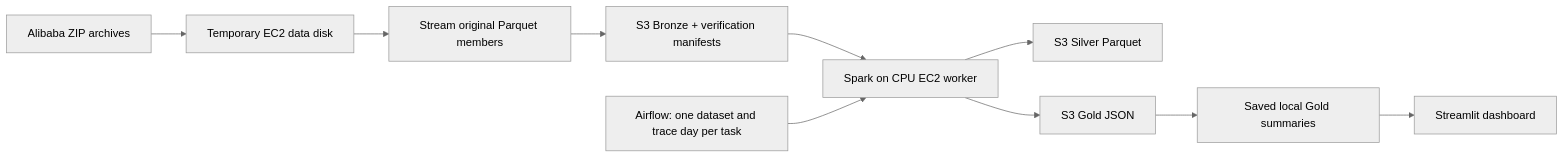
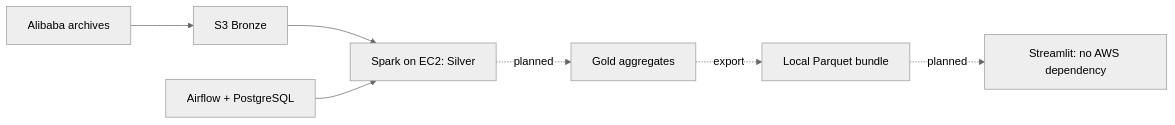
Before and after one commit to shrutidoshi94/gpu-fleet-analytics: the diagram in README.md, drawn with Mermaid (neutral theme). The commit also changed other lines of this file and 57 other files, not shown here.

Commit message:
Document AWS execution evidence and full-width Silver pipeline

````diff
--- a/README.md
+++ b/README.md
@@ -35,12 +9,9 @@
 ```mermaid
 flowchart LR
-    A[Alibaba ZIP archives] --> B[Temporary EC2 data disk]
-    B --> C[Stream original Parquet members]
-    C --> D[S3 Bronze + verification manifests]
-    D --> E[Spark on CPU EC2 worker]
-    F[Airflow: one dataset and trace day per task] --> E
-    E --> G[S3 Silver Parquet]
-    E --> H[S3 Gold JSON]
-    H --> I[Saved local Gold summaries]
-    I --> J[Streamlit dashboard]
+    A[Alibaba archives] --> B[S3 Bronze]
+    B --> C[Spark on EC2: Silver]
+    D[Airflow + PostgreSQL] --> C
+    C -. planned .-> E[Gold aggregates]
+    E -. export .-> F[Local Parquet bundle]
+    F -. planned .-> G[Streamlit: no AWS dependency]
 ```
````
